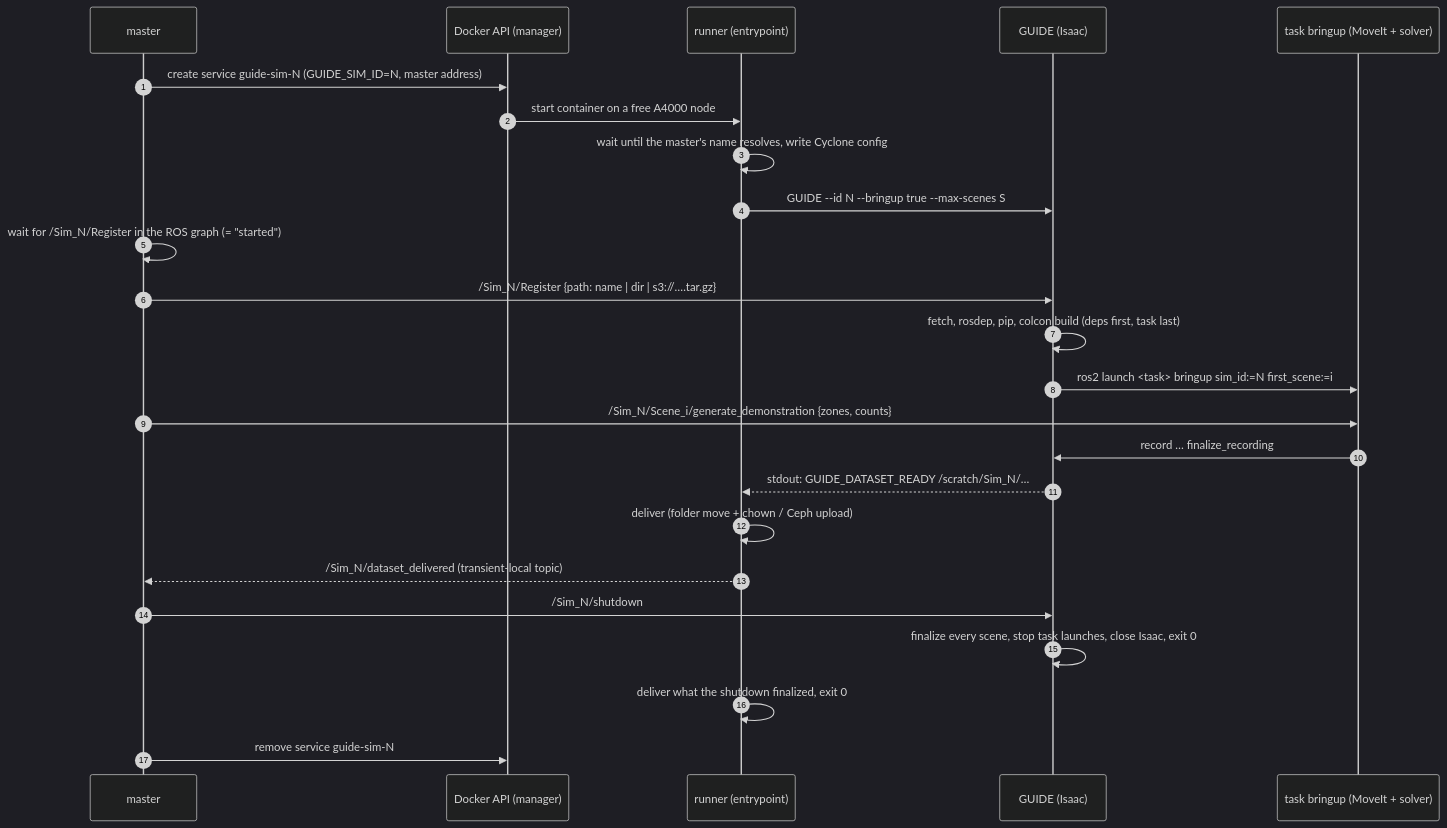
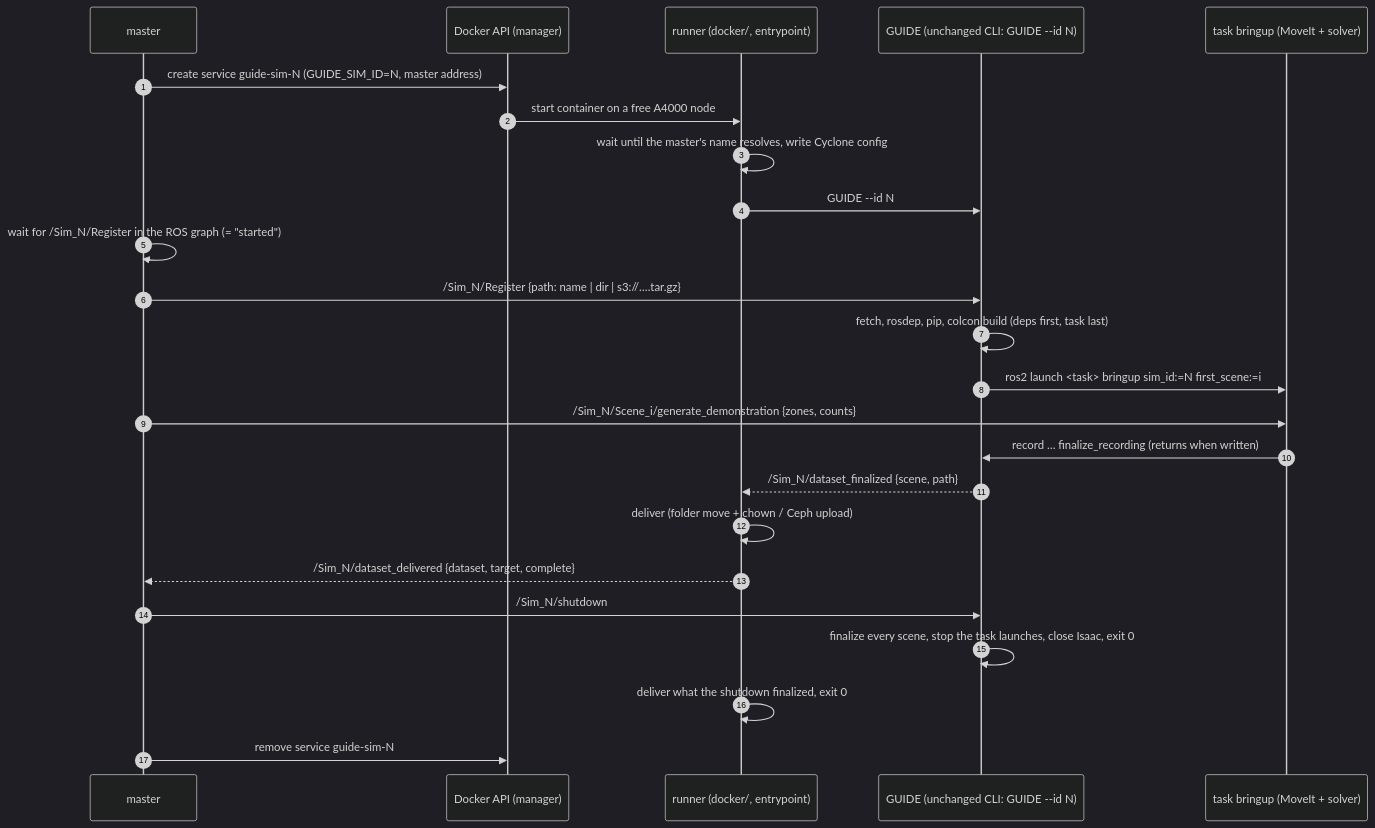
One commit to ABC-iRobotics/guide changed the second of 4 diagrams in docs/superpowers/specs/2026-10-09-guide-docker-design.md. Above: the diagram before and after it, drawn with Mermaid (dark theme). The commit also changed other lines of this file, not shown here.

Commit message:
docs: GUIDE Docker design v4 (no container-only GUIDE code; config + docker/ glue; GitHub Actions off)

````diff
--- a/docs/superpowers/specs/2026-10-09-guide-docker-design.md
+++ b/docs/superpowers/specs/2026-10-09-guide-docker-design.md
@@ -77,26 +79,26 @@
 ```mermaid
 sequenceDiagram
   autonumber
   participant M as master
   participant D as Docker API (manager)
-  participant R as runner (entrypoint)
-  participant G as GUIDE (Isaac)
+  participant R as runner (docker/, entrypoint)
+  participant G as GUIDE (unchanged CLI: GUIDE --id N)
   participant T as task bringup (MoveIt + solver)
   M->>D: create service guide-sim-N (GUIDE_SIM_ID=N, master address)
   D->>R: start container on a free A4000 node
   R->>R: wait until the master's name resolves, write Cyclone config
-  R->>G: GUIDE --id N --bringup true --max-scenes S
+  R->>G: GUIDE --id N
   M->>M: wait for /Sim_N/Register in the ROS graph (= "started")
   M->>G: /Sim_N/Register {path: name | dir | s3://….tar.gz}
   G->>G: fetch, rosdep, pip, colcon build (deps first, task last)
   G->>T: ros2 launch <task> bringup sim_id:=N first_scene:=i
   M->>T: /Sim_N/Scene_i/generate_demonstration {zones, counts}
-  T->>G: record … finalize_recording
-  G-->>R: stdout: GUIDE_DATASET_READY /scratch/Sim_N/…
+  T->>G: record … finalize_recording (returns when written)
+  G-->>R: /Sim_N/dataset_finalized {scene, path}
   R->>R: deliver (folder move + chown / Ceph upload)
-  R-->>M: /Sim_N/dataset_delivered (transient-local topic)
+  R-->>M: /Sim_N/dataset_delivered {dataset, target, complete}
   M->>G: /Sim_N/shutdown
-  G->>G: finalize every scene, stop task launches, close Isaac, exit 0
+  G->>G: finalize every scene, stop the task launches, close Isaac, exit 0
   R->>R: deliver what the shutdown finalized, exit 0
   M->>D: remove service guide-sim-N
 ```
````
